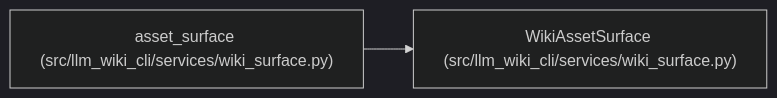
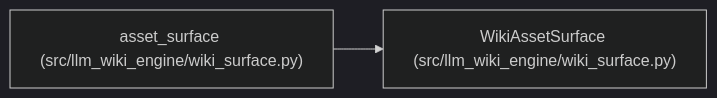
The diagram in docs/llm_wiki/entities/WikiAssetSurface.md (Denissvgn/python-wiki-llm), drawn with Mermaid (dark theme) before and after one commit. The commit also changed other lines of this file and 1103 other files, not shown here.

First line of the commit message:
docs: refresh the wiki for the llm-wiki-engine distribution

````diff
--- a/docs/llm_wiki/entities/WikiAssetSurface.md
+++ b/docs/llm_wiki/entities/WikiAssetSurface.md
@@ -32,8 +32,8 @@
 ```mermaid
 flowchart LR
-    n0["WikiAssetSurface (src/llm_wiki_cli/services/wiki_surface.py)"]
-    n1["asset_surface (src/llm_wiki_cli/services/wiki_surface.py)"]
+    n0["WikiAssetSurface (src/llm_wiki_engine/wiki_surface.py)"]
+    n1["asset_surface (src/llm_wiki_engine/wiki_surface.py)"]
     n1 --> n0
     click n0 "../modules/wiki_surface.md"
     click n1 "../modules/wiki_surface.md"
 ```
````
